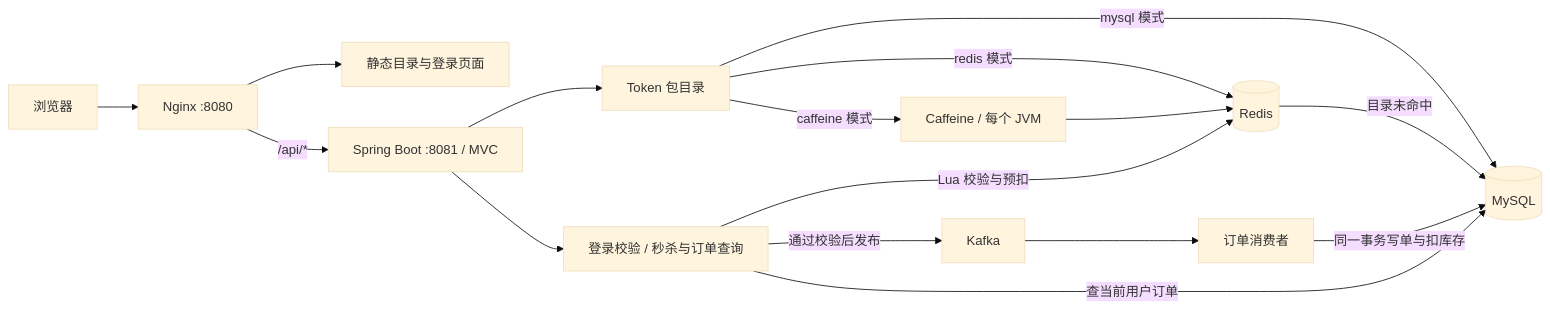
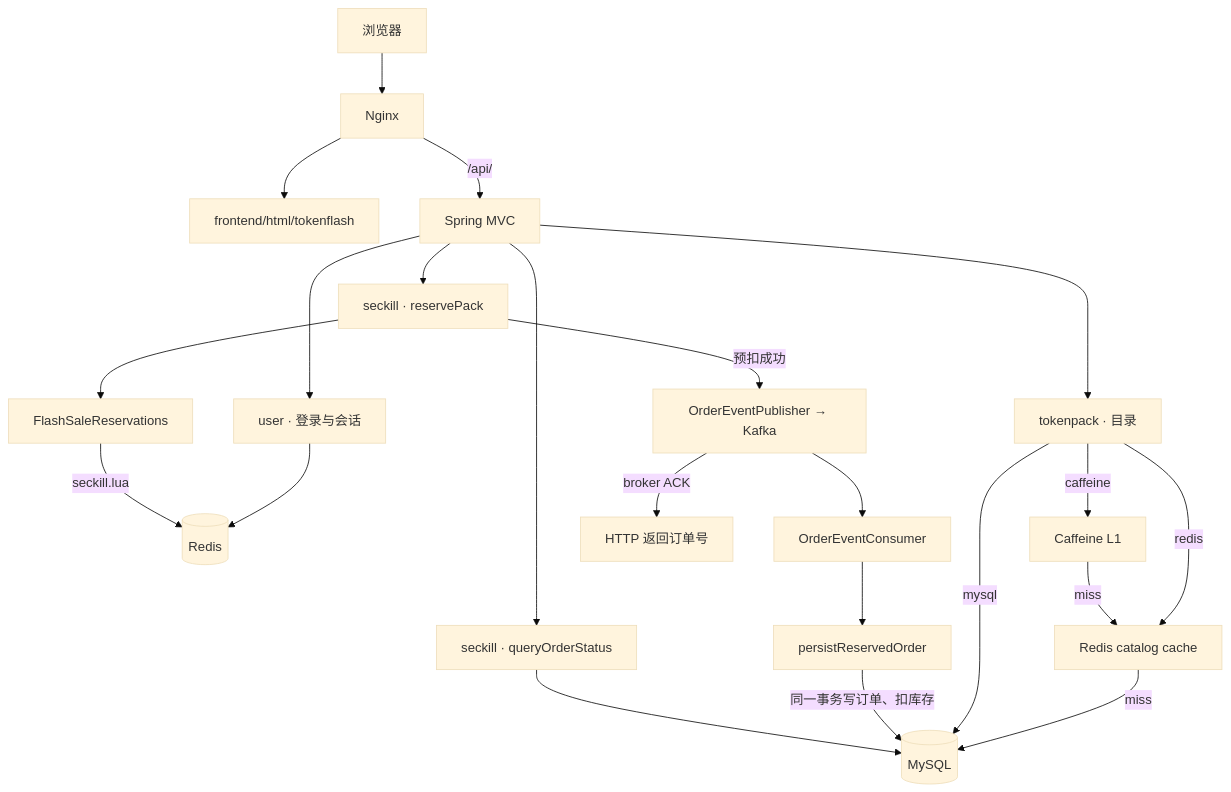
One commit to tommie-04/TokSeckill changed the first of 2 diagrams in docs/architecture.md. Above: the diagram before and after it, drawn with Mermaid (base theme). The commit also changed other lines of this file and 3 other files, not shown here.

Commit message:
重建架构：同步中英文 README、请求流程图与业务目录图

````diff
--- a/docs/architecture.md
+++ b/docs/architecture.md
@@ -9,18 +24,24 @@
 ```mermaid
-flowchart LR
-    Browser[浏览器] --> Nginx["Nginx :8080"]
-    Nginx --> Pages["静态目录与登录页面"]
-    Nginx -->|"/api/*"| MVC["Spring Boot :8081 / MVC"]
-    MVC --> Catalog["Token 包目录"]
-    MVC --> Order["登录校验 / 秒杀与订单查询"]
-    Catalog -->|caffeine 模式| L1["Caffeine / 每个 JVM"]
-    Catalog -->|redis 模式| Redis[(Redis)]
-    L1 --> Redis
-    Catalog -->|mysql 模式| DB[(MySQL)]
-    Redis -->|目录未命中| DB
-    Order -->|Lua 校验与预扣| Redis
-    Order -->|通过校验后发布| Kafka[Kafka]
-    Kafka --> Worker[订单消费者]
-    Worker -->|同一事务写单与扣库存| DB
-    Order -->|查当前用户订单| DB
+flowchart TD
+    B["浏览器"] --> N["Nginx"]
+    N --> UI["frontend/html/tokenflash"]
+    N -->|"/api/"| M["Spring MVC"]
+    M --> U["user · 登录与会话"]
+    U --> R[(Redis)]
+    M --> P["tokenpack · 目录"]
+    P -->|caffeine| C["Caffeine L1"]
+    P -->|redis| RC["Redis catalog cache"]
+    C -->|miss| RC
+    RC -->|miss| D[(MySQL)]
+    P -->|mysql| D
+    M --> S["seckill · reservePack"]
+    S --> G["FlashSaleReservations"]
+    G -->|"seckill.lua"| R
+    S -->|"预扣成功"| K["OrderEventPublisher → Kafka"]
+    K -->|"broker ACK"| ID["HTTP 返回订单号"]
+    K --> L["OrderEventConsumer"]
+    L --> T["persistReservedOrder"]
+    T -->|"同一事务写订单、扣库存"| D
+    M --> Q["seckill · queryOrderStatus"]
+    Q --> D
 ```
````
